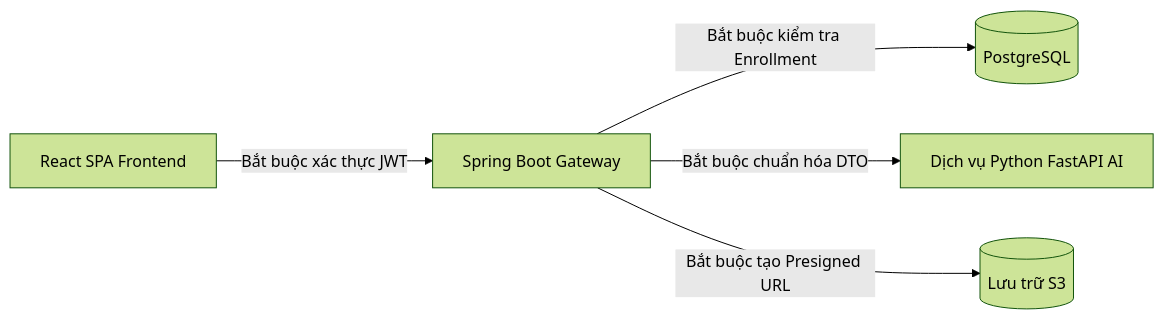
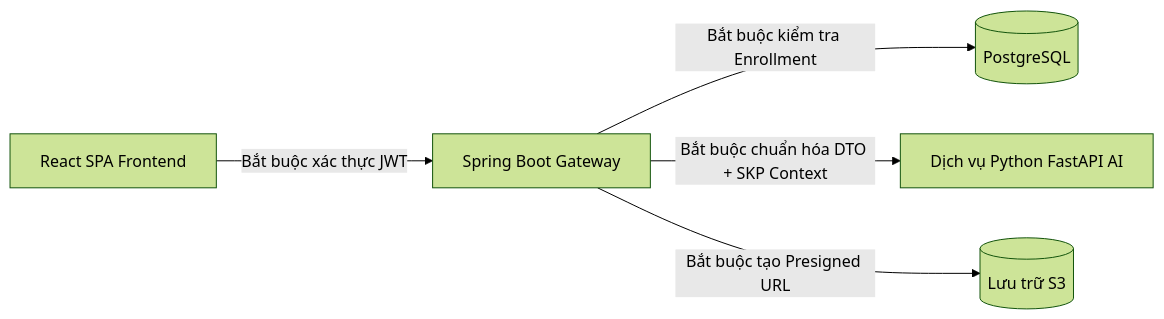
The second of 3 diagrams in _bmad-output/planning-artifacts/architecture/architecture-final_project-2026-09-07/ARCHITECTURE-SPINE.md (quangnguyenviet/English-tutor-platform-final-project-2026), drawn with Mermaid (forest theme) before and after one commit. The commit also changed other lines of this file and 1 other file, not shown here.

Commit message:
docs: cap nhat kien truc he thong bo sung SKP, Spaced Repetition, Le tan va Khieu nai

````diff
--- a/_bmad-output/planning-artifacts/architecture/architecture-final_project-2026-09-07/ARCHITECTURE-SPINE.md
+++ b/_bmad-output/planning-artifacts/architecture/architecture-final_project-2026-09-07/ARCHITECTURE-SPINE.md
@@ -93,7 +106,7 @@
 ```mermaid
 graph LR
     FrontendApp["React SPA Frontend"] -->|Bắt buộc xác thực JWT| SpringBootGateway["Spring Boot Gateway"]
     SpringBootGateway -->|Bắt buộc kiểm tra Enrollment| DB[("PostgreSQL")]
-    SpringBootGateway -->|Bắt buộc chuẩn hóa DTO| AIService["Dịch vụ Python FastAPI AI"]
+    SpringBootGateway -->|Bắt buộc chuẩn hóa DTO + SKP Context| AIService["Dịch vụ Python FastAPI AI"]
     SpringBootGateway -->|Bắt buộc tạo Presigned URL| S3[("Lưu trữ S3")]
 ```
````
